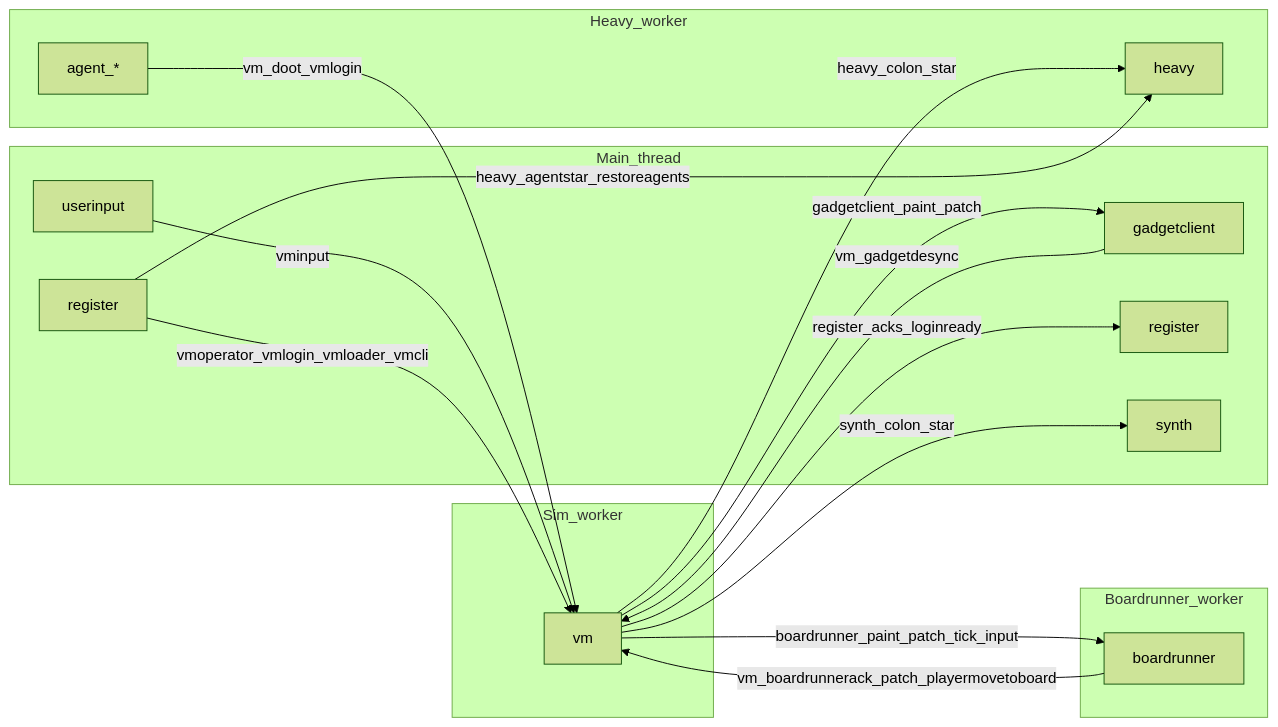
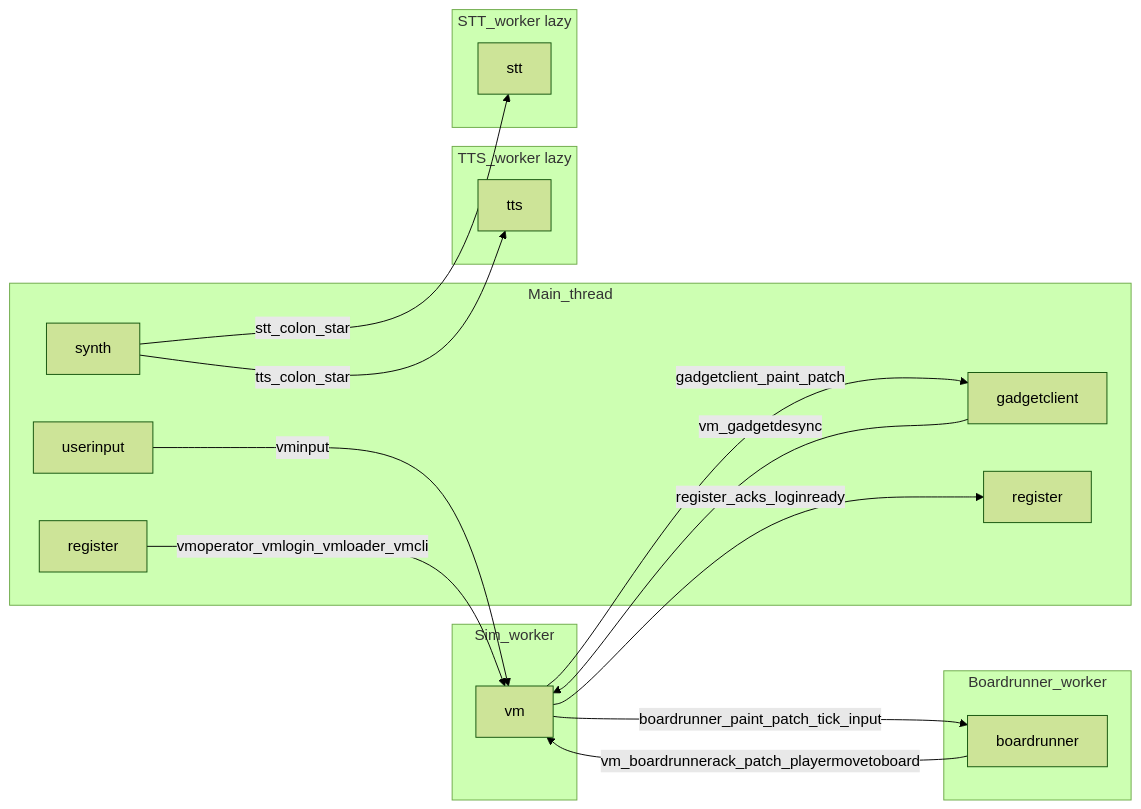
Before and after one commit to goldbuick/zed-software-system: the third of 7 diagrams in zss/device/docs/devices-and-messaging.md, drawn with Mermaid (forest theme). The commit also changed other lines of this file and 21 other files, not shown here.

````diff
--- a/zss/device/docs/devices-and-messaging.md
+++ b/zss/device/docs/devices-and-messaging.md
@@ -174,31 +172,31 @@
 ```mermaid
 flowchart LR
   subgraph Main_thread [Main_thread]
     UI[userinput]
     RegIn[register]
     GC[gadgetclient]
     RegOut[register]
     Sy[synth]
   end
   subgraph Sim_worker [Sim_worker]
     VM[vm]
   end
-  subgraph Heavy_worker [Heavy_worker]
-    Hy[heavy]
-    Ag[agent_*]
-  end
   subgraph Boardrunner_worker [Boardrunner_worker]
     Brd[boardrunner]
+  end
+  subgraph TTS_worker [TTS_worker lazy]
+    TTS[tts]
+  end
+  subgraph STT_worker [STT_worker lazy]
+    STT[stt]
   end
   UI -->|vminput| VM
   RegIn -->|vmoperator_vmlogin_vmloader_vmcli| VM
   VM -->|register_acks_loginready| RegOut
   VM -->|gadgetclient_paint_patch| GC
   GC -->|vm_gadgetdesync| VM
   VM -->|boardrunner_paint_patch_tick_input| Brd
   Brd -->|vm_boardrunnerack_patch_playermovetoboard| VM
-  VM -->|heavy_colon_star| Hy
-  VM -->|synth_colon_star| Sy
-  RegIn -->|heavy_agentstar_restoreagents| Hy
-  Ag -->|vm_doot_vmlogin| VM
+  Sy -->|tts_colon_star| TTS
+  Sy -->|stt_colon_star| STT
 ```
````
